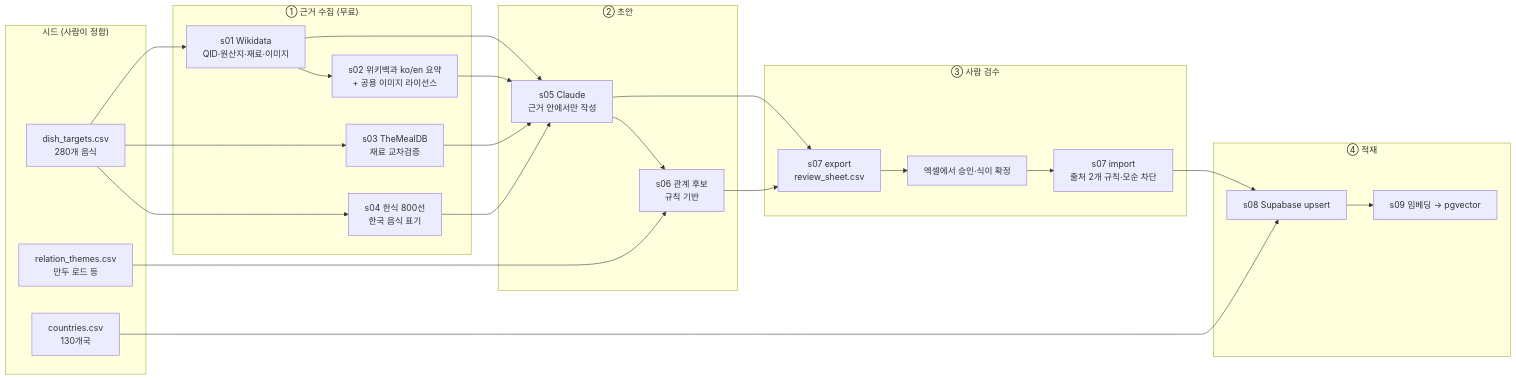
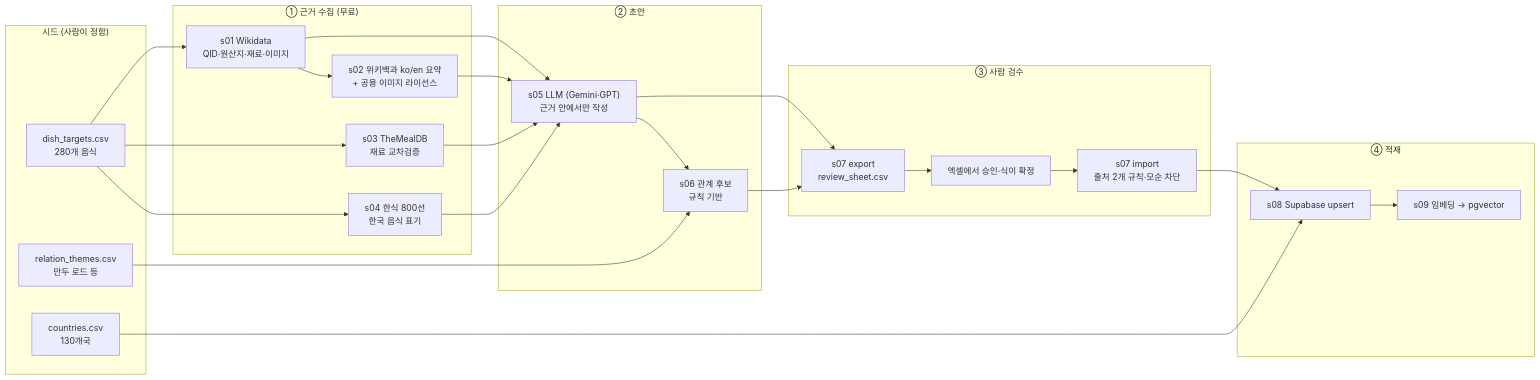
Before and after one commit to Heptagon372/Foodis: the diagram in docs/planning/10_데이터_수집_파이프라인_DB_구축_키트.md, drawn with Mermaid. The commit also changed other lines of this file and 3 other files, not shown here.

Commit message:
docs(data): AI 초안 제공자 표기를 Gemini·GPT 기준으로

````diff
--- a/docs/planning/10_데이터_수집_파이프라인_DB_구축_키트.md
+++ b/docs/planning/10_데이터_수집_파이프라인_DB_구축_키트.md
@@ -9,33 +9,33 @@
 ```mermaid
 flowchart LR
     subgraph SEED["시드 (사람이 정함)"]
         S1["countries.csv<br>130개국"]
         S2["dish_targets.csv<br>280개 음식"]
         S3["relation_themes.csv<br>만두 로드 등"]
     end
     subgraph COLLECT["① 근거 수집 (무료)"]
         C1["s01 Wikidata<br>QID·원산지·재료·이미지"]
         C2["s02 위키백과 ko/en 요약<br>+ 공용 이미지 라이선스"]
         C3["s03 TheMealDB<br>재료 교차검증"]
         C4["s04 한식 800선<br>한국 음식 표기"]
     end
     subgraph DRAFT["② 초안"]
-        D1["s05 Claude<br>근거 안에서만 작성"]
+        D1["s05 LLM (Gemini·GPT)<br>근거 안에서만 작성"]
         D2["s06 관계 후보<br>규칙 기반"]
     end
     subgraph REVIEW["③ 사람 검수"]
         R1["s07 export<br>review_sheet.csv"]
         R2["엑셀에서 승인·식이 확정"]
         R3["s07 import<br>출처 2개 규칙·모순 차단"]
     end
     subgraph LOAD["④ 적재"]
         L1["s08 Supabase upsert"]
         L2["s09 임베딩 → pgvector"]
     end
     S2 --> C1 --> C2
     S2 --> C3 & C4
     C1 & C2 & C3 & C4 --> D1 --> D2
     S3 --> D2
     D1 & D2 --> R1 --> R2 --> R3 --> L1 --> L2
     S1 --> L1
 ```
````
